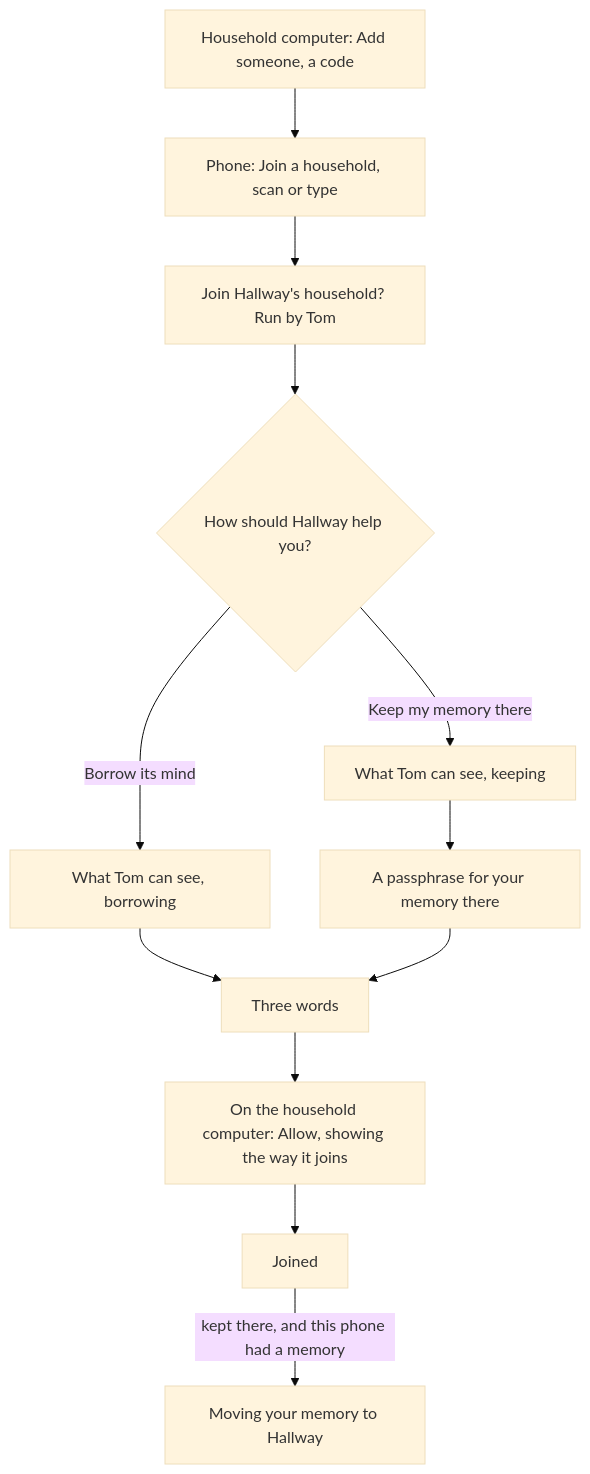
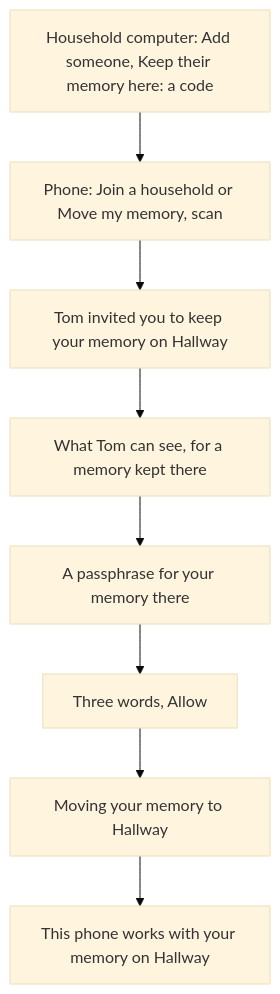
The third of 3 diagrams in docs/design/household-server.md (agync/nocturne), drawn with Mermaid (base theme) before and after one commit. The commit also changed other lines of this file and 4 other files, not shown here.

````diff
--- a/docs/design/household-server.md
+++ b/docs/design/household-server.md
@@ -64,13 +171,10 @@
 ```mermaid
 flowchart TD
-    A[Household computer: Add someone, a code] --> S[Phone: Join a household, scan or type]
-    S --> F[Join Hallway's household? Run by Tom]
-    F --> C{How should Hallway help you?}
-    C -->|Borrow its mind| SB[What Tom can see, borrowing]
-    C -->|Keep my memory there| SK[What Tom can see, keeping]
-    SB --> W[Three words]
-    SK --> PP[A passphrase for your memory there] --> W
-    W --> AL[On the household computer: Allow, showing the way it joins]
-    AL --> J[Joined]
-    J -->|kept there, and this phone had a memory| MV[Moving your memory to Hallway]
+    A[Household computer: Add someone, Keep their memory here: a code] --> S[Phone: Join a household or Move my memory, scan]
+    S --> F[Tom invited you to keep your memory on Hallway]
+    F --> SK[What Tom can see, for a memory kept there]
+    SK --> PP[A passphrase for your memory there]
+    PP --> W[Three words, Allow]
+    W --> MV[Moving your memory to Hallway]
+    MV --> C[This phone works with your memory on Hallway]
 ```
````
